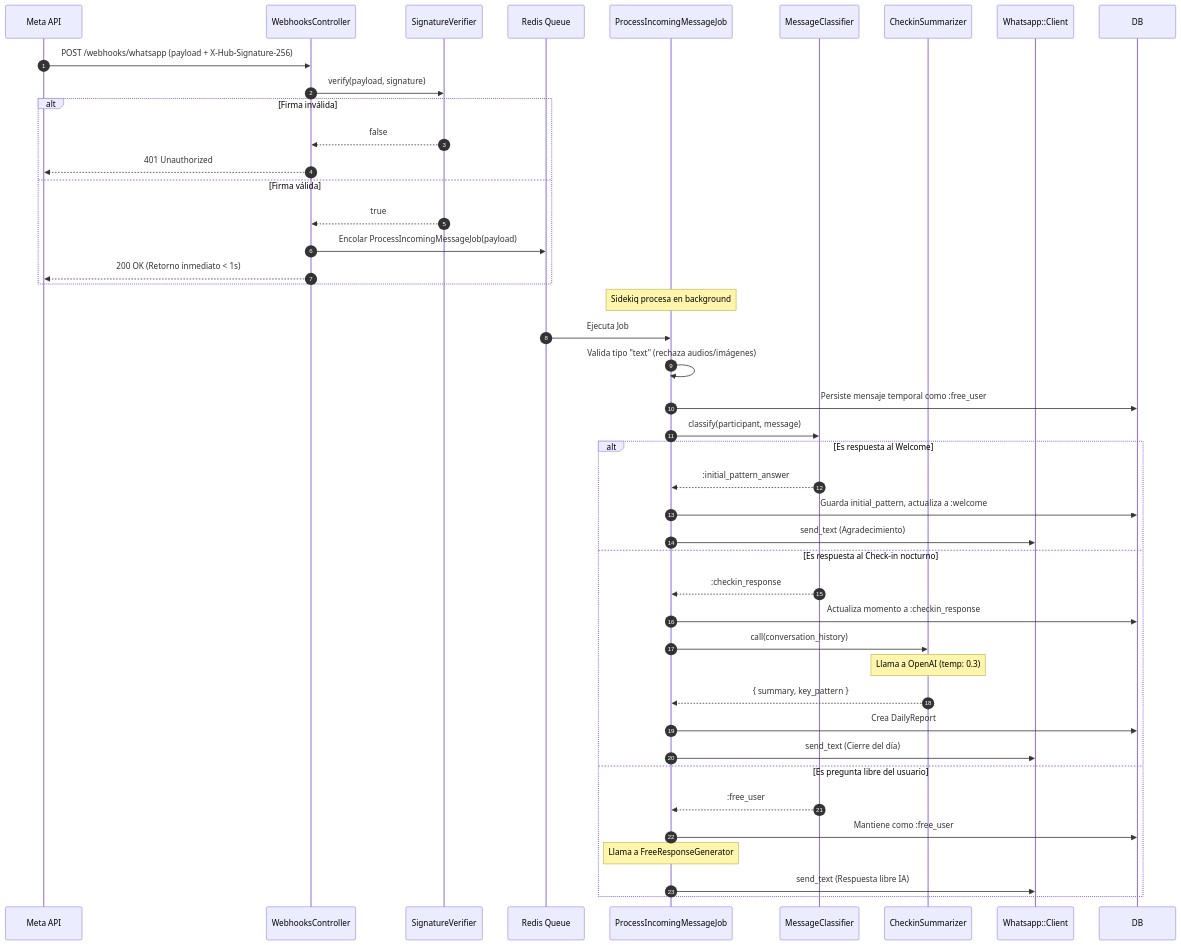
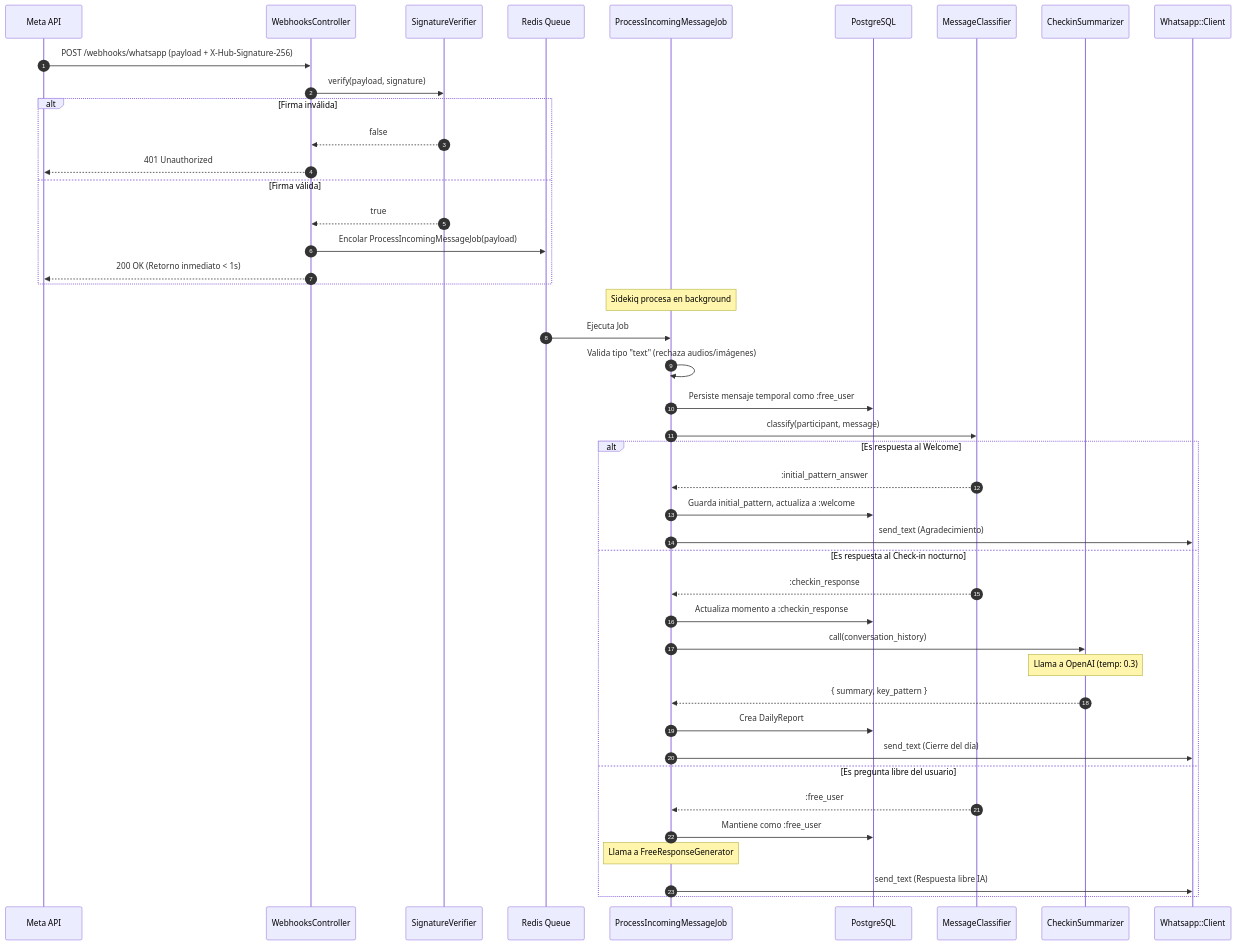
Before and after one commit to fjvalles/micro-coaching: the second of 3 diagrams in docs/architecture-flows.md, drawn with Mermaid. The commit also changed other lines of this file and 179 other files, not shown here.

````diff
--- a/docs/architecture-flows.md
+++ b/docs/architecture-flows.md
@@ -42,48 +42,49 @@
 ```mermaid
 sequenceDiagram
     autonumber
     participant Meta as Meta API
     participant Controller as WebhooksController
     participant Verifier as SignatureVerifier
     participant Redis as Redis Queue
     participant Job as ProcessIncomingMessageJob
+    participant DB as PostgreSQL
     participant Classifier as MessageClassifier
     participant Summarizer as CheckinSummarizer
     participant Client as Whatsapp::Client
 
     Meta->>Controller: POST /webhooks/whatsapp (payload + X-Hub-Signature-256)
     Controller->>Verifier: verify(payload, signature)
     alt Firma inválida
         Verifier-->>Controller: false
         Controller-->>Meta: 401 Unauthorized
     else Firma válida
         Verifier-->>Controller: true
         Controller->>Redis: Encolar ProcessIncomingMessageJob(payload)
         Controller-->>Meta: 200 OK (Retorno inmediato < 1s)
     end
 
     Note over Job: Sidekiq procesa en background
     Redis->>Job: Ejecuta Job
     Job->>Job: Valida tipo "text" (rechaza audios/imágenes)
     Job->>DB: Persiste mensaje temporal como :free_user
 
     Job->>Classifier: classify(participant, message)
     alt Es respuesta al Welcome
         Classifier-->>Job: :initial_pattern_answer
         Job->>DB: Guarda initial_pattern, actualiza a :welcome
         Job->>Client: send_text (Agradecimiento)
     else Es respuesta al Check-in nocturno
         Classifier-->>Job: :checkin_response
         Job->>DB: Actualiza momento a :checkin_response
         Job->>Summarizer: call(conversation_history)
         Note over Summarizer: Llama a OpenAI (temp: 0.3)
         Summarizer-->>Job: { summary, key_pattern }
         Job->>DB: Crea DailyReport
         Job->>Client: send_text (Cierre del día)
     else Es pregunta libre del usuario
         Classifier-->>Job: :free_user
         Job->>DB: Mantiene como :free_user
         Note over Job: Llama a FreeResponseGenerator
         Job->>Client: send_text (Respuesta libre IA)
     end
 ```
````
